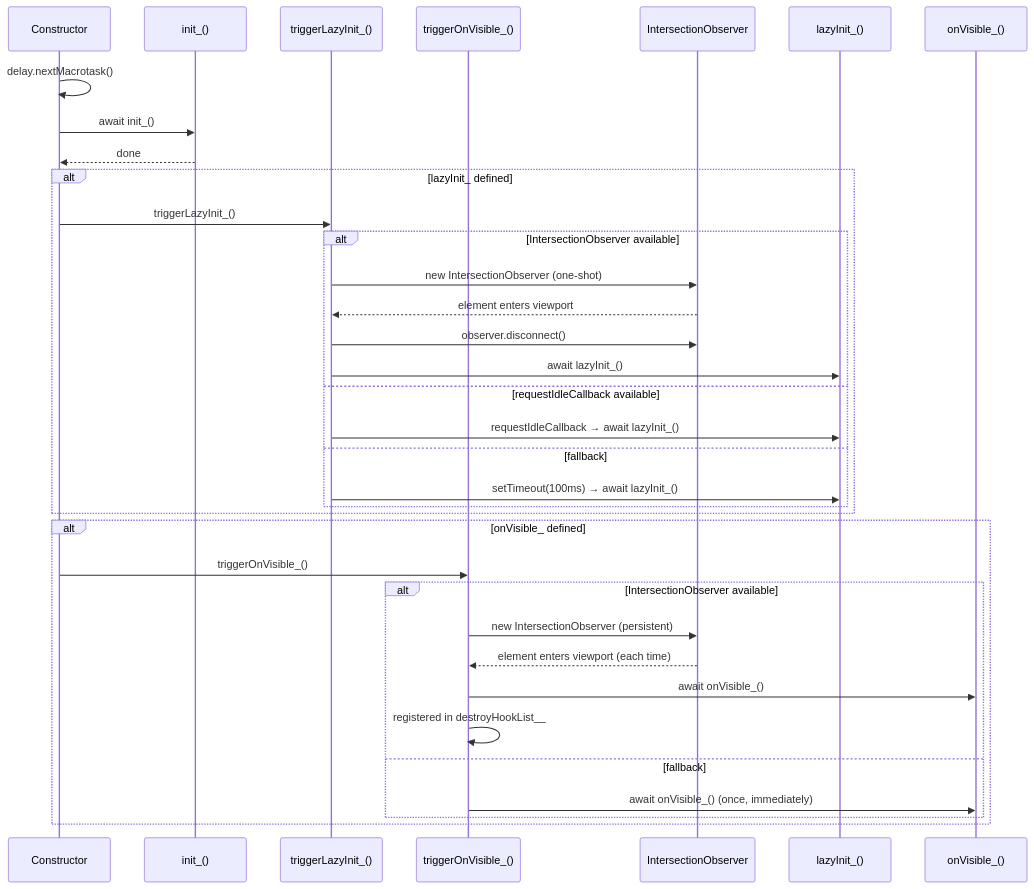
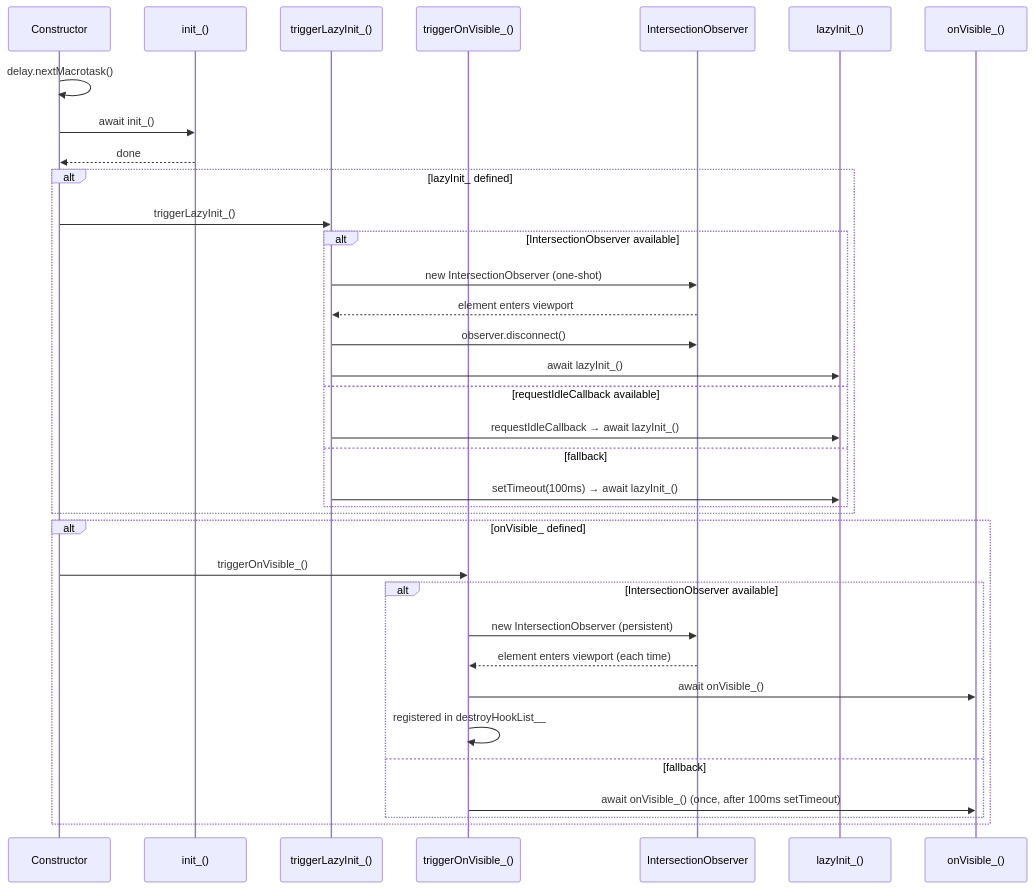
One commit to Alwatr/alwatr changed the diagram in .kiro/specs/lazy-init-directive/design.md. Above: the diagram before and after it, drawn with Mermaid. The commit also changed other lines of this file and 2 other files, not shown here.

````diff
--- a/.kiro/specs/lazy-init-directive/design.md
+++ b/.kiro/specs/lazy-init-directive/design.md
@@ -18,40 +24,40 @@
 ```mermaid
 sequenceDiagram
     participant C as Constructor
     participant I as init_()
     participant TL as triggerLazyInit_()
     participant TV as triggerOnVisible_()
     participant IO as IntersectionObserver
     participant L as lazyInit_()
     participant V as onVisible_()
 
     C->>C: delay.nextMacrotask()
     C->>I: await init_()
     I-->>C: done
 
     alt lazyInit_ defined
         C->>TL: triggerLazyInit_()
         alt IntersectionObserver available
             TL->>IO: new IntersectionObserver (one-shot)
             IO-->>TL: element enters viewport
             TL->>IO: observer.disconnect()
             TL->>L: await lazyInit_()
         else requestIdleCallback available
             TL->>L: requestIdleCallback → await lazyInit_()
         else fallback
             TL->>L: setTimeout(100ms) → await lazyInit_()
         end
     end
 
     alt onVisible_ defined
         C->>TV: triggerOnVisible_()
         alt IntersectionObserver available
             TV->>IO: new IntersectionObserver (persistent)
             IO-->>TV: element enters viewport (each time)
             TV->>V: await onVisible_()
             TV->>TV: registered in destroyHookList__
         else fallback
-            TV->>V: await onVisible_() (once, immediately)
+            TV->>V: await onVisible_() (once, after 100ms setTimeout)
         end
     end
 ```
````
